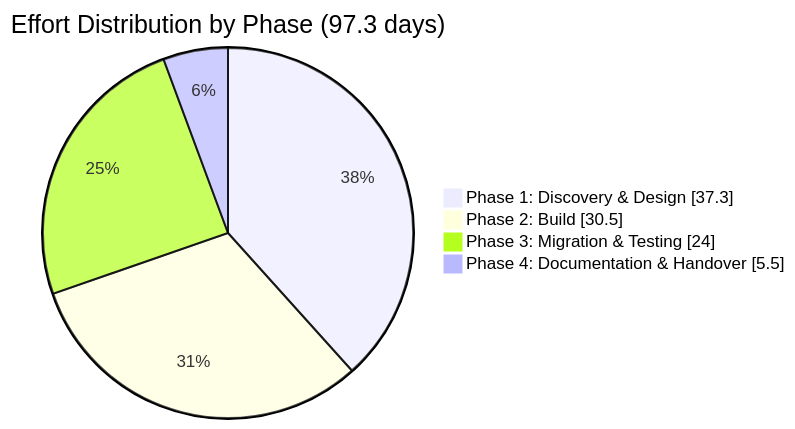
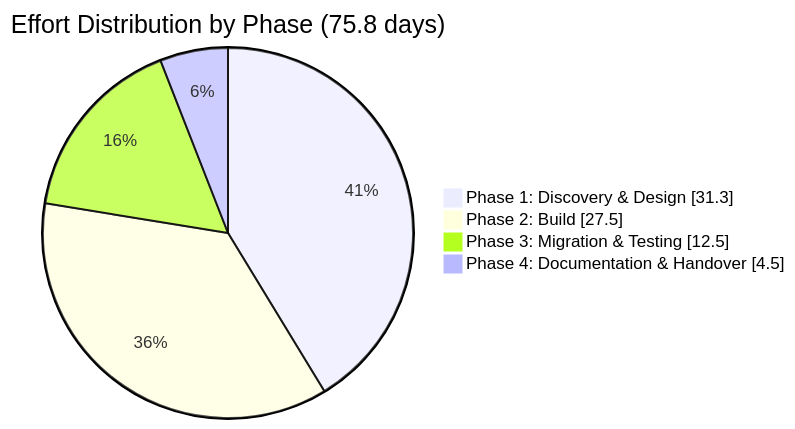
The second of 2 diagrams in 4-DataPipelinePrioritisation/InternalSoWs/SoWs/Print_Domain_Scope_of_Work_INTERNAL.md (sfc-gh-mhindi/REPO_CANVA), drawn with Mermaid before and after one commit. The commit also changed other lines of this file and 3 other files, not shown here.

First line of the commit message:
Update timelines and resource requirements to match new estimates

````diff
--- a/4-DataPipelinePrioritisation/InternalSoWs/SoWs/Print_Domain_Scope_of_Work_INTERNAL.md
+++ b/4-DataPipelinePrioritisation/InternalSoWs/SoWs/Print_Domain_Scope_of_Work_INTERNAL.md
@@ -570,8 +570,8 @@
 ```mermaid
 pie showData
-    title Effort Distribution by Phase (97.3 days)
-    "Phase 1: Discovery & Design" : 37.3
-    "Phase 2: Build" : 30.5
-    "Phase 3: Migration & Testing" : 24.0
-    "Phase 4: Documentation & Handover" : 5.5
+    title Effort Distribution by Phase (75.8 days)
+    "Phase 1: Discovery & Design" : 31.3
+    "Phase 2: Build" : 27.5
+    "Phase 3: Migration & Testing" : 12.5
+    "Phase 4: Documentation & Handover" : 4.5
 ```
````
